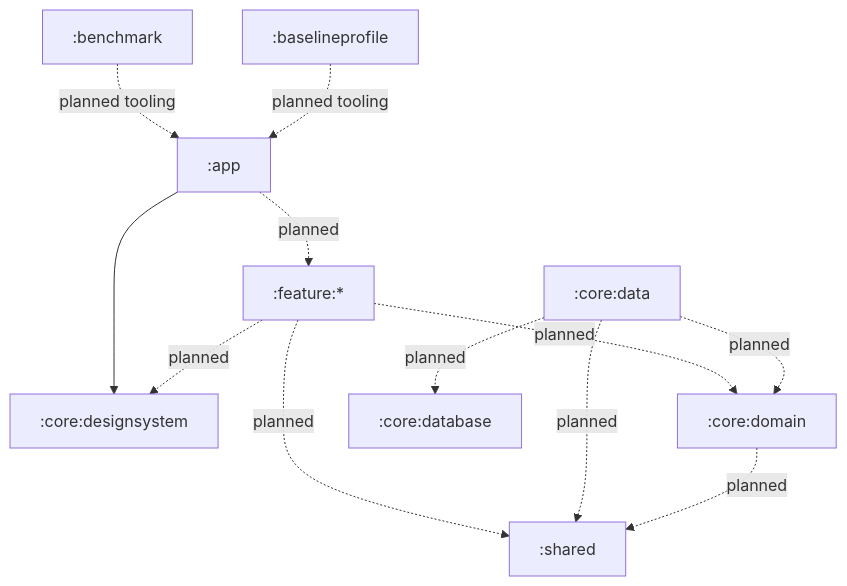
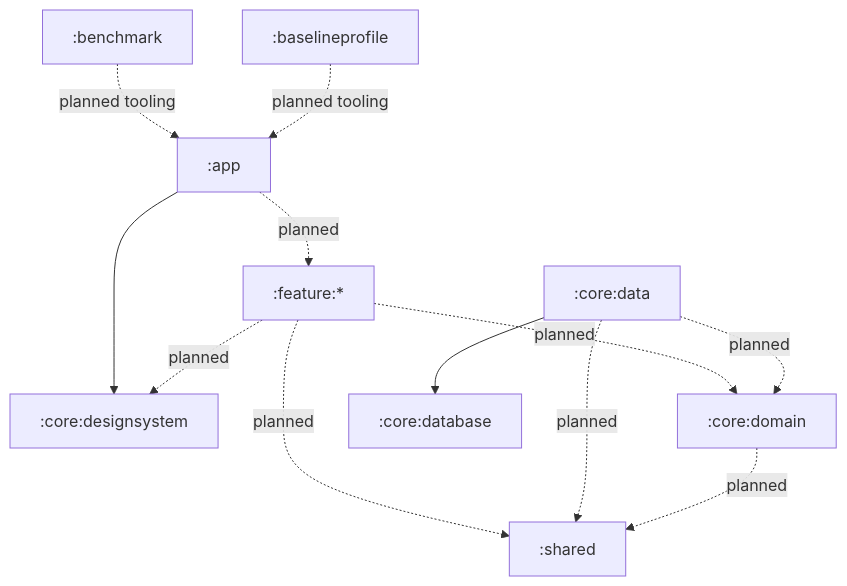
The diagram in docs/architecture.md (MojtabaGitUser/Pocket-Ledger), drawn with Mermaid before and after one commit. The commit also changed other lines of this file and 14 other files, not shown here.

````diff
--- a/docs/architecture.md
+++ b/docs/architecture.md
@@ -127,14 +136,14 @@
 ```mermaid
 flowchart TD
     app[":app"] --> designsystem[":core:designsystem"]
     app -. planned .-> feature[":feature:*"]
     feature -. planned .-> designsystem
     feature -. planned .-> domain[":core:domain"]
     feature -. planned .-> shared[":shared"]
     data[":core:data"] -. planned .-> domain
-    data -. planned .-> database[":core:database"]
+    data --> database[":core:database"]
     data -. planned .-> shared
     domain -. planned .-> shared
     benchmark[":benchmark"] -. planned tooling .-> app
     baseline[":baselineprofile"] -. planned tooling .-> app
 ```
````
